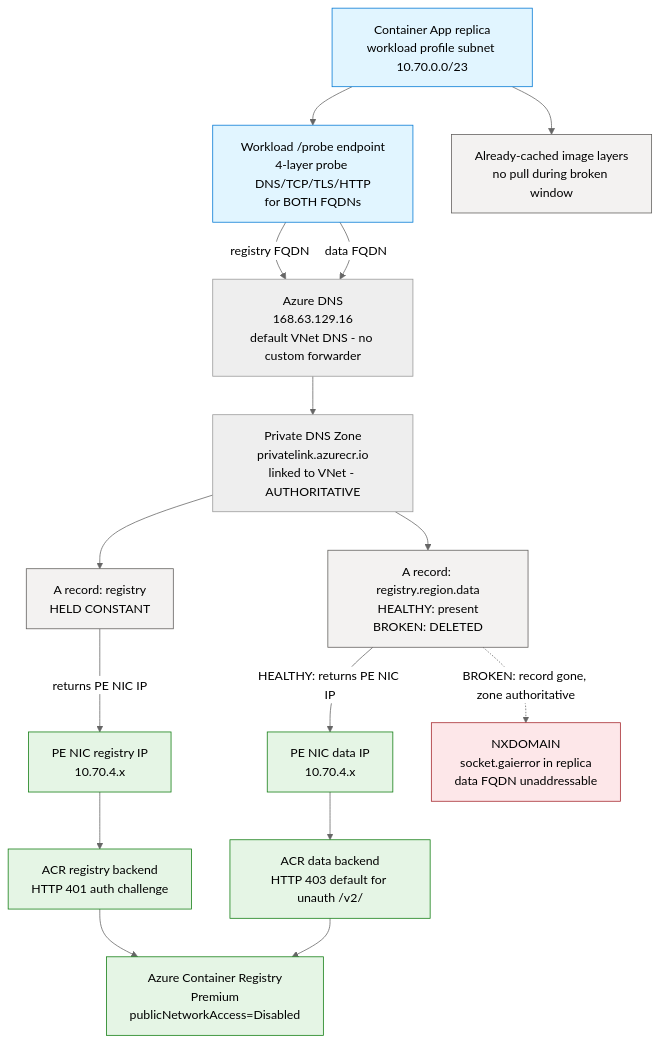
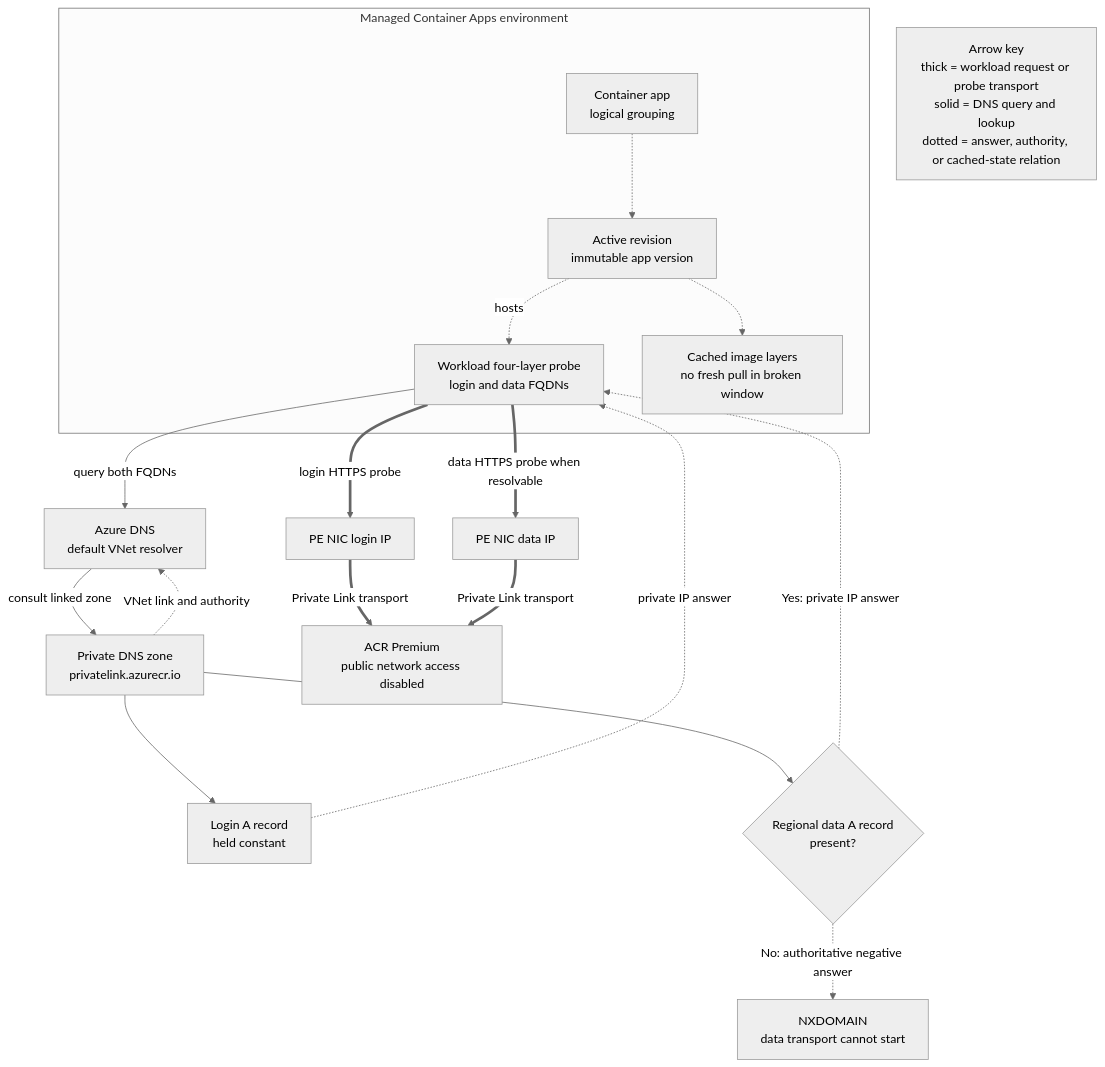
The diagram in docs/troubleshooting/lab-guides/acr-network-path-record-split-brain.md (yeongseon/azure-container-apps-practical-guide), drawn with Mermaid (neutral theme) before and after one commit. The commit also changed other lines of this file and 6 other files, not shown here.

First line of the commit message:
docs(diagrams): migrate the ACR network path diagrams (#608)

````diff
--- a/docs/troubleshooting/lab-guides/acr-network-path-record-split-brain.md
+++ b/docs/troubleshooting/lab-guides/acr-network-path-record-split-brain.md
@@ -91,41 +92,39 @@
 ```mermaid
 flowchart TD
-    REPLICA[Container App replica<br/>workload profile subnet 10.70.0.0/23]
-    PROBE[Workload /probe endpoint<br/>4-layer probe DNS/TCP/TLS/HTTP<br/>for BOTH FQDNs]
-    CACHED[Already-cached image layers<br/>no pull during broken window]
-    AZDNS[Azure DNS<br/>168.63.129.16<br/>default VNet DNS - no custom forwarder]
-    ZONE[Private DNS Zone<br/>privatelink.azurecr.io<br/>linked to VNet - AUTHORITATIVE]
-    ZONEREG["A record: registry<br/>HELD CONSTANT"]
-    ZONEDATA["A record: registry.region.data<br/>HEALTHY: present<br/>BROKEN: DELETED"]
-    PEREG[PE NIC registry IP<br/>10.70.4.x]
-    PEDATA[PE NIC data IP<br/>10.70.4.x]
-    ACR[Azure Container Registry<br/>Premium<br/>publicNetworkAccess=Disabled]
-    NXDOMAIN[NXDOMAIN<br/>socket.gaierror in replica<br/>data FQDN unaddressable]
-    ACRREGBE[ACR registry backend<br/>HTTP 401 auth challenge]
-    ACRDATABE[ACR data backend<br/>HTTP 403 default for unauth /v2/]
+    accTitle: Path D record-level authority failure in the ACR private DNS zone
+    accDescr: A workload probe in the running Container Apps revision asks Azure DNS for ACR login and data names. The linked privatelink.azurecr.io zone remains authoritative. Its login record continues to answer with a private endpoint IP, while deleting only the regional data record returns NXDOMAIN. The cached revision remains healthy because the lab does not trigger a fresh image pull.
 
-    REPLICA --> PROBE
-    REPLICA --> CACHED
-    PROBE -->|registry FQDN| AZDNS
-    PROBE -->|data FQDN| AZDNS
-    AZDNS --> ZONE
-    ZONE --> ZONEREG
-    ZONE --> ZONEDATA
-    ZONEREG -->|returns PE NIC IP| PEREG
-    ZONEDATA -->|HEALTHY: returns PE NIC IP| PEDATA
-    ZONEDATA -.->|BROKEN: record gone, zone authoritative| NXDOMAIN
-    PEREG --> ACRREGBE
-    PEDATA --> ACRDATABE
-    ACRREGBE --> ACR
-    ACRDATABE --> ACR
+    subgraph ENV["Managed Container Apps environment"]
+        APP["Container app<br/>logical grouping"]
+        REV_ACTIVE["Active revision<br/>immutable app version"]
+        PROBE["Workload four-layer probe<br/>login and data FQDNs"]
+        CACHED["Cached image layers<br/>no fresh pull in broken window"]
+        APP -.-> REV_ACTIVE
+        REV_ACTIVE -.->|hosts| PROBE
+        REV_ACTIVE -.-> CACHED
+    end
 
-    classDef workload fill:#e1f5ff,stroke:#0078d4
-    classDef brokenpath fill:#fde7e9,stroke:#a4262c
-    classDef registry fill:#e5f5e5,stroke:#107c10
-    classDef neutral fill:#f3f2f1,stroke:#605e5c
+    AZDNS["Azure DNS<br/>default VNet resolver"]
+    ZONE["Private DNS zone<br/>privatelink.azurecr.io"]
+    LOGIN["Login A record<br/>held constant"]
+    DATA{"Regional data A record<br/>present?"}
+    PE_LOGIN["PE NIC login IP"]
+    PE_DATA["PE NIC data IP"]
+    NXDOMAIN["NXDOMAIN<br/>data transport cannot start"]
+    ACR["ACR Premium<br/>public network access disabled"]
 
-    class REPLICA,PROBE workload
-    class NXDOMAIN brokenpath
-    class ACR,PEREG,PEDATA,ACRREGBE,ACRDATABE registry
-    class CACHED,ZONEREG,ZONEDATA neutral
+    ZONE -.->|VNet link and authority| AZDNS
+    PROBE -->|query both FQDNs| AZDNS
+    AZDNS -->|consult linked zone| ZONE
+    ZONE --> LOGIN
+    ZONE --> DATA
+    LOGIN -.->|private IP answer| PROBE
+    DATA -.->|Yes: private IP answer| PROBE
+    DATA -.->|No: authoritative negative answer| NXDOMAIN
+    PROBE ==>|login HTTPS probe| PE_LOGIN
+    PROBE ==>|data HTTPS probe when resolvable| PE_DATA
+    PE_LOGIN ==>|Private Link transport| ACR
+    PE_DATA ==>|Private Link transport| ACR
+
+    LEGEND["Arrow key<br/>thick = workload request or probe transport<br/>solid = DNS query and lookup<br/>dotted = answer, authority, or cached-state relation"]
 ```
````
